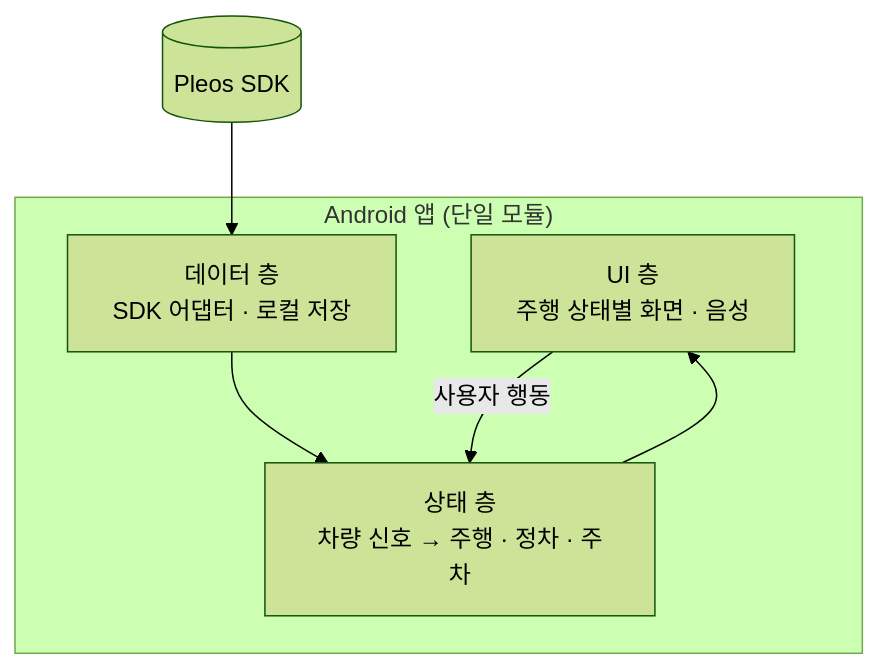
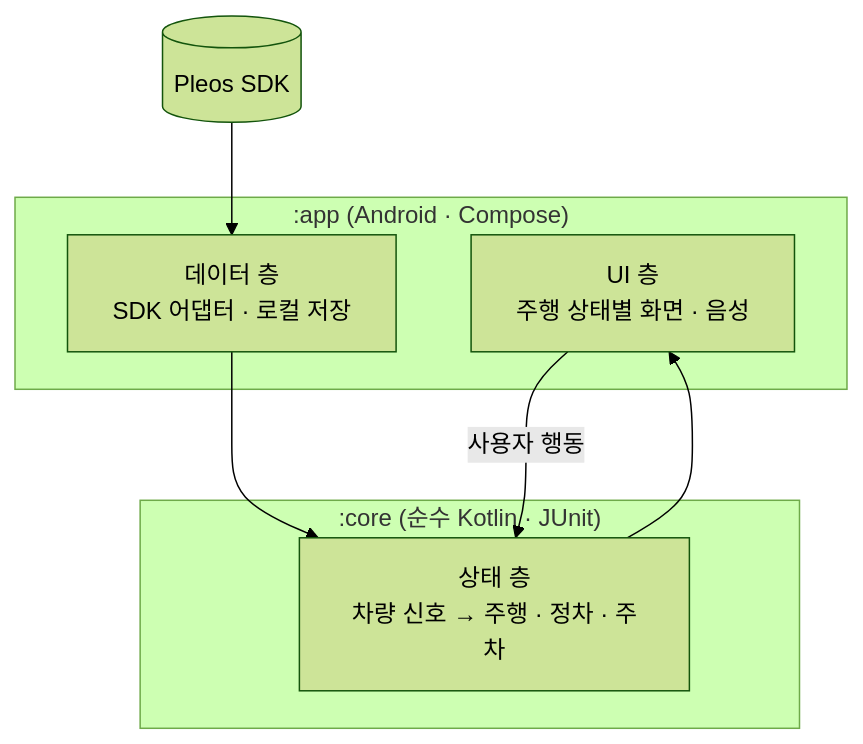
The second of 2 diagrams in docs/03-architecture.md (mangsanggwedo-team/codeyourapp-submission), drawn with Mermaid (forest theme) before and after one commit. The commit also changed other lines of this file and 1 other file, not shown here.

First line of the commit message:
docs: 앱 구성을 검증된 core/app 2모듈로

````diff
--- a/docs/03-architecture.md
+++ b/docs/03-architecture.md
@@ -14,10 +14,12 @@
 ```mermaid
 flowchart TB
-    subgraph app["Android 앱 (단일 모듈)"]
+    subgraph app[":app (Android · Compose)"]
         UI["UI 층<br/>주행 상태별 화면 · 음성"]
+        DA["데이터 층<br/>SDK 어댑터 · 로컬 저장"]
+    end
+    subgraph core[":core (순수 Kotlin · JUnit)"]
         ST["상태 층<br/>차량 신호 → 주행 · 정차 · 주차"]
-        DA["데이터 층<br/>SDK 어댑터 · 로컬 저장"]
     end
     CAR[("Pleos SDK")] --> DA --> ST --> UI
     UI -- 사용자 행동 --> ST
 ```
````
